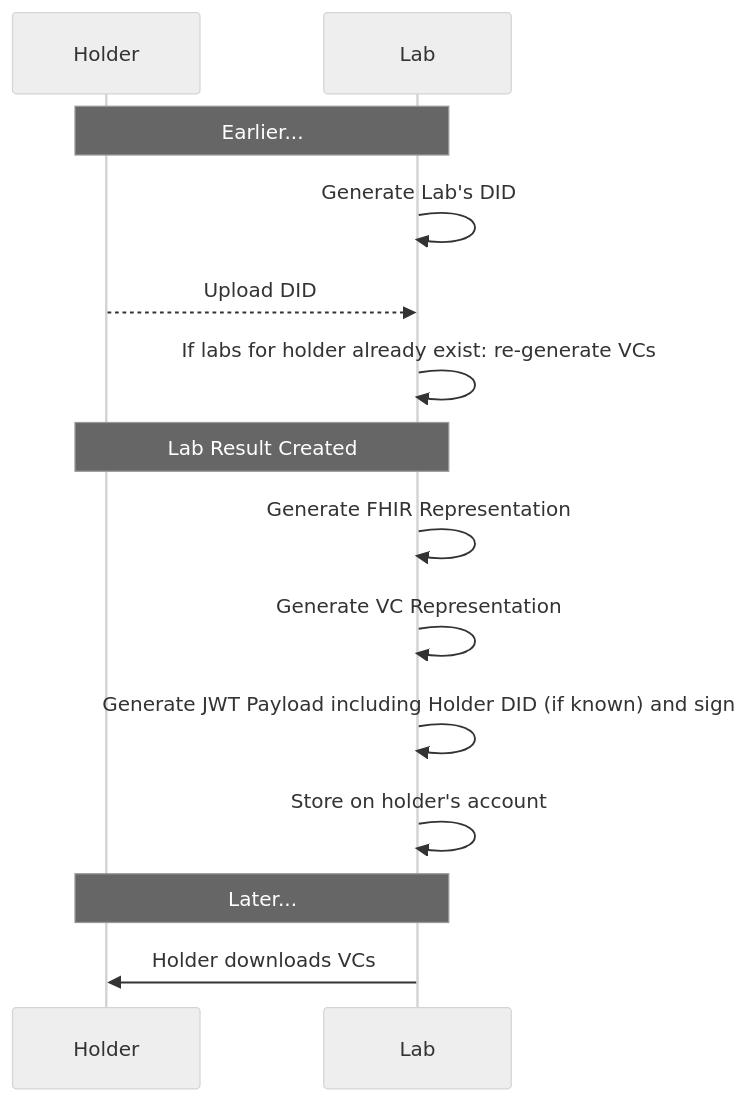
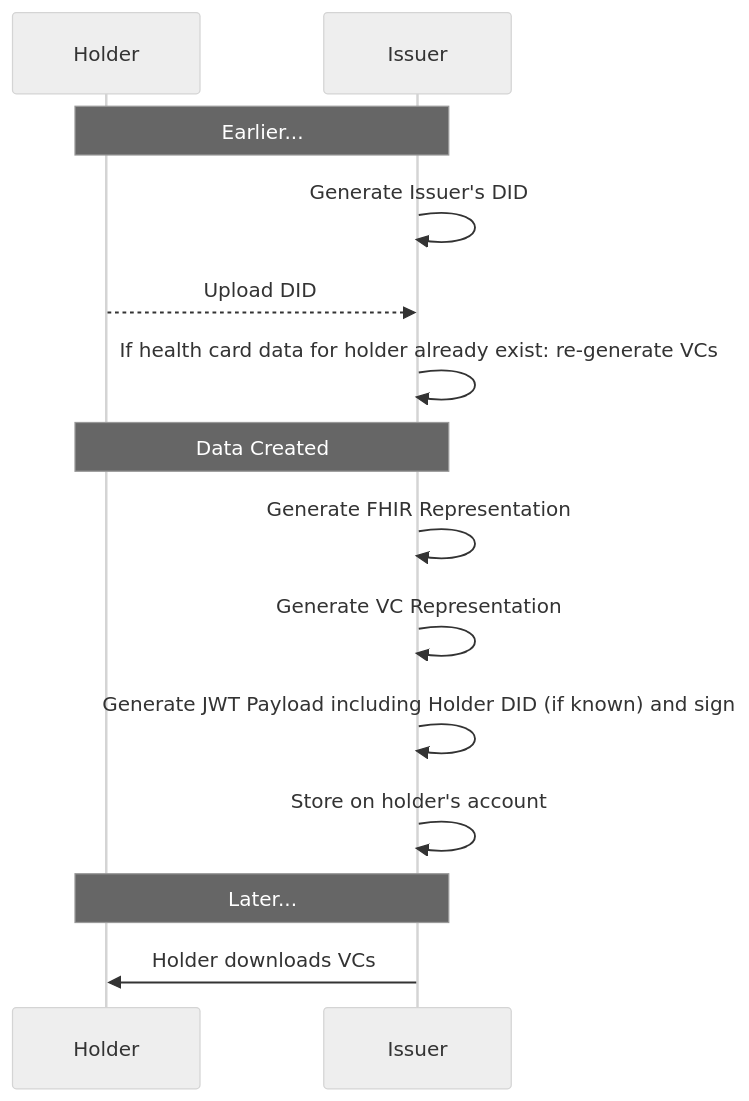
Before and after one commit to smart-on-fhir/health-cards: the second of 4 diagrams in docs/index.md, drawn with Mermaid (neutral theme). The commit also changed other lines of this file, not shown here.

First line of the commit message:
Generalize 'Lab' to 'Issuer' to fix #51 (#55)

````diff
--- a/docs/index.md
+++ b/docs/index.md
@@ -403,19 +401,19 @@
 ```mermaid
 sequenceDiagram
 participant Holder
-participant Lab
+participant Issuer
 
-note over Holder, Lab: Earlier...
-Lab ->> Lab: Generate Lab's DID
-Holder -->> Lab:  Upload DID
-Lab ->> Lab: If labs for holder already exist: re-generate VCs
+note over Holder, Issuer: Earlier...
+Issuer ->> Issuer: Generate Issuer's DID
+Holder -->> Issuer:  Upload DID
+Issuer ->> Issuer: If health card data for holder already exist: re-generate VCs
 
-note over Lab, Holder: Lab Result Created
-Lab ->> Lab: Generate FHIR Representation
-Lab ->> Lab: Generate VC Representation
-Lab ->> Lab: Generate JWT Payload including Holder DID (if known) and sign
-Lab ->> Lab: Store on holder's account
+note over Issuer, Holder: Data Created
+Issuer ->> Issuer: Generate FHIR Representation
+Issuer ->> Issuer: Generate VC Representation
+Issuer ->> Issuer: Generate JWT Payload including Holder DID (if known) and sign
+Issuer ->> Issuer: Store on holder's account
 
-note over Lab, Holder: Later...
-Lab ->> Holder: Holder downloads VCs
+note over Issuer, Holder: Later...
+Issuer ->> Holder: Holder downloads VCs
 ```
````
